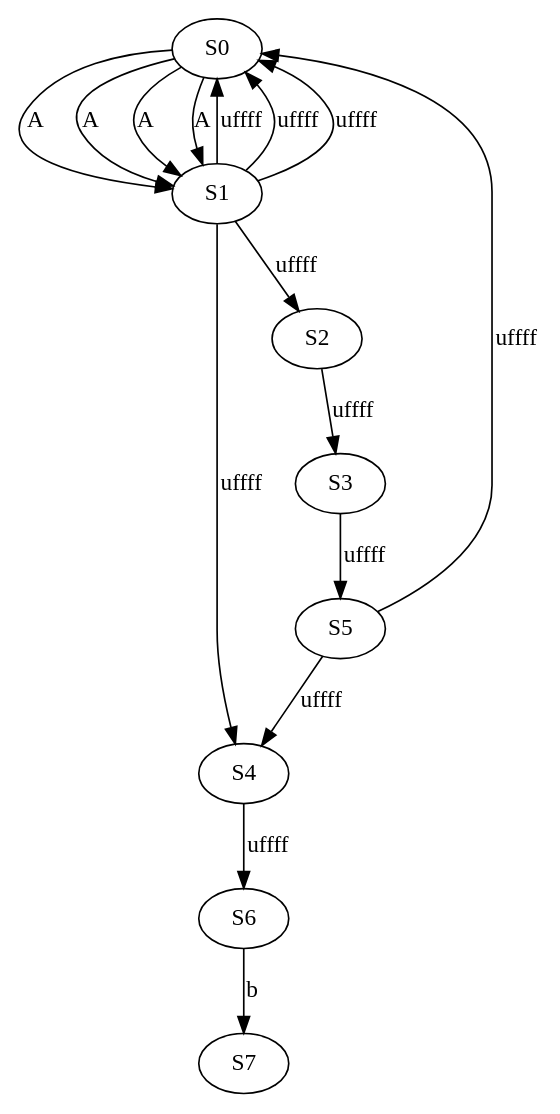
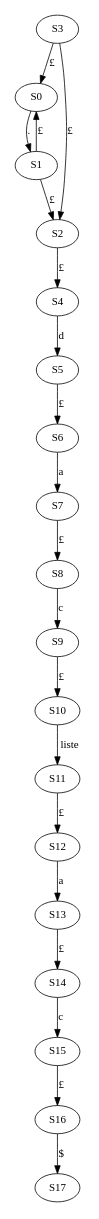
Before and after one commit to MaximeBonnet27/EGrep: the diagram in test.dot, drawn with Graphviz. The commit also changed other lines of this file and 5 other files, not shown here.

```diff
--- a/test.dot
+++ b/test.dot
@@ -1,17 +1,21 @@
 digraph automate{
-size="8,10";S0 -> S1[color=black, style=solid, label="A"];
-S1 -> S0[color=black, style=solid, label="\uffff"];
-S0 -> S1[color=black, style=solid, label="A"];
-S1 -> S0[color=black, style=solid, label="\uffff"];
-S0 -> S1[color=black, style=solid, label="A"];
-S1 -> S2[color=black, style=solid, label="\uffff"];
-S2 -> S3[color=black, style=solid, label="\uffff"];
-S3 -> S5[color=black, style=solid, label="\uffff"];
-S0 -> S1[color=black, style=solid, label="A"];
-S1 -> S0[color=black, style=solid, label="\uffff"];
-S1 -> S4[color=black, style=solid, label="\uffff"];
-S5 -> S4[color=black, style=solid, label="\uffff"];
-S5 -> S0[color=black, style=solid, label="\uffff"];
-S4 -> S6[color=black, style=solid, label="\uffff"];
-S6 -> S7[color=black, style=solid, label="b"];
+size="8,10";S0 -> S1[color=black, style=solid, label="."];
+S1 -> S0[color=black, style=solid, label="£"];
+S1 -> S2[color=black, style=solid, label="£"];
+S3 -> S2[color=black, style=solid, label="£"];
+S3 -> S0[color=black, style=solid, label="£"];
+S2 -> S4[color=black, style=solid, label="£"];
+S4 -> S5[color=black, style=solid, label="d"];
+S5 -> S6[color=black, style=solid, label="£"];
+S6 -> S7[color=black, style=solid, label="a"];
+S7 -> S8[color=black, style=solid, label="£"];
+S8 -> S9[color=black, style=solid, label="c"];
+S9 -> S10[color=black, style=solid, label="£"];
+S10 -> S11[color=black, style=solid, label="liste"];
+S11 -> S12[color=black, style=solid, label="£"];
+S12 -> S13[color=black, style=solid, label="a"];
+S13 -> S14[color=black, style=solid, label="£"];
+S14 -> S15[color=black, style=solid, label="c"];
+S15 -> S16[color=black, style=solid, label="£"];
+S16 -> S17[color=black, style=solid, label="$"];
 }
```
